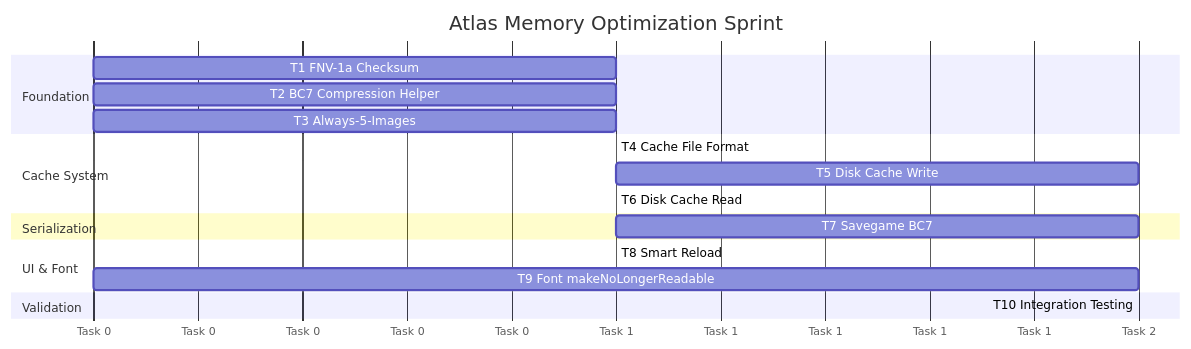
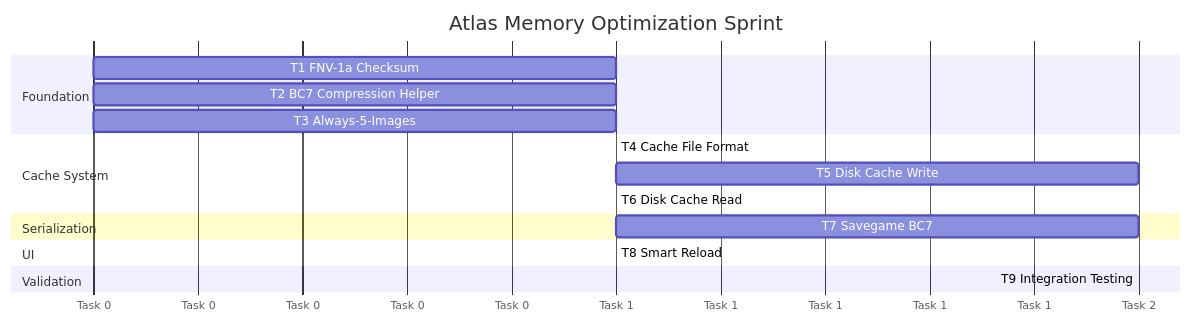
Before and after one commit to klyte45/CS2-WriteEverywhere: the second of 2 diagrams in .klyte-kanban/RefsLibrary/2026041222_TextureSwapResearch/05_SprintRoadmap.md, drawn with Mermaid. The commit also changed other lines of this file and 12 other files, not shown here.

````diff
--- a/.klyte-kanban/RefsLibrary/2026041222_TextureSwapResearch/05_SprintRoadmap.md
+++ b/.klyte-kanban/RefsLibrary/2026041222_TextureSwapResearch/05_SprintRoadmap.md
@@ -289,26 +265,25 @@
 ```mermaid
 gantt
     title Atlas Memory Optimization Sprint
     dateFormat  X
     axisFormat  Task %s
     
     section Foundation
     T1 FNV-1a Checksum         :t1, 0, 1
     T2 BC7 Compression Helper  :t2, 0, 1
     T3 Always-5-Images         :t3, 0, 1
     
     section Cache System
     T4 Cache File Format       :t4, after t1, 1
     T5 Disk Cache Write        :t5, after t2 t3 t4, 2
     T6 Disk Cache Read         :t6, after t5, 1
     
     section Serialization
     T7 Savegame BC7            :t7, after t2, 2
     
-    section UI & Font
+    section UI
     T8 Smart Reload            :t8, after t1 t6, 1
-    T9 Font makeNoLongerReadable :t9, 0, 2
     
     section Validation
-    T10 Integration Testing    :t10, after t5 t6 t7 t8 t9, 2
+    T9 Integration Testing     :t9, after t5 t6 t7 t8, 2
 ```
````
